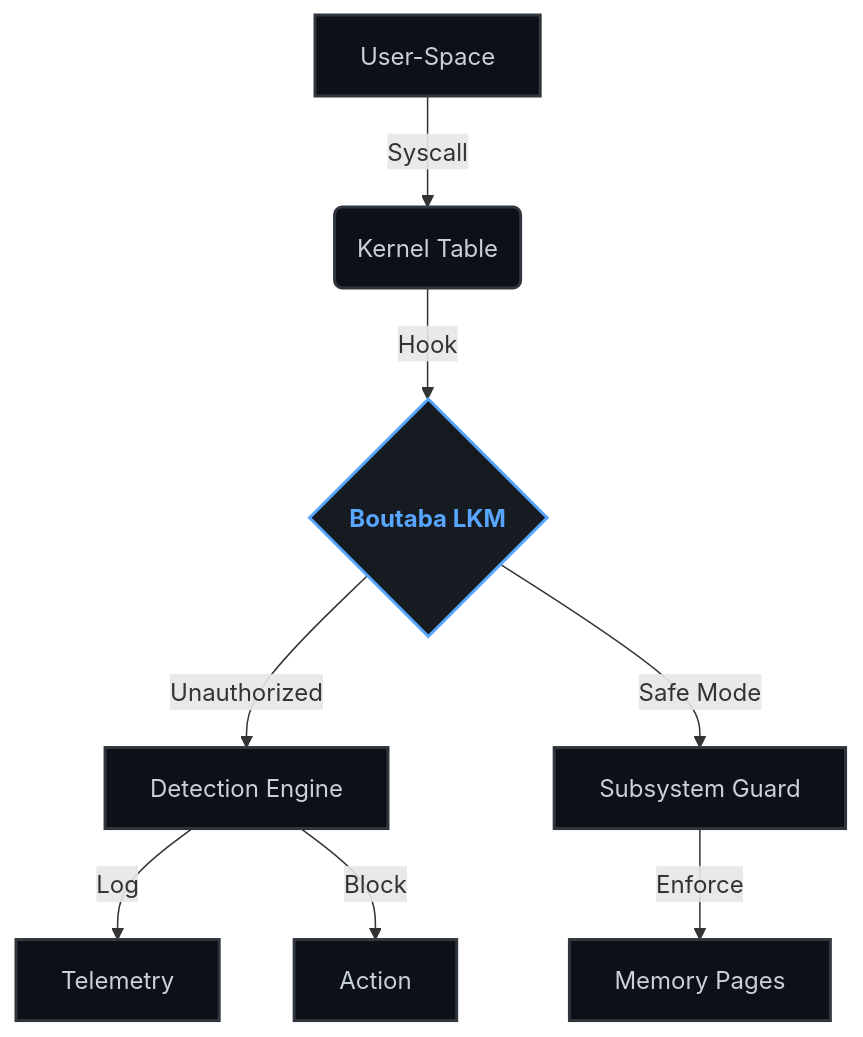
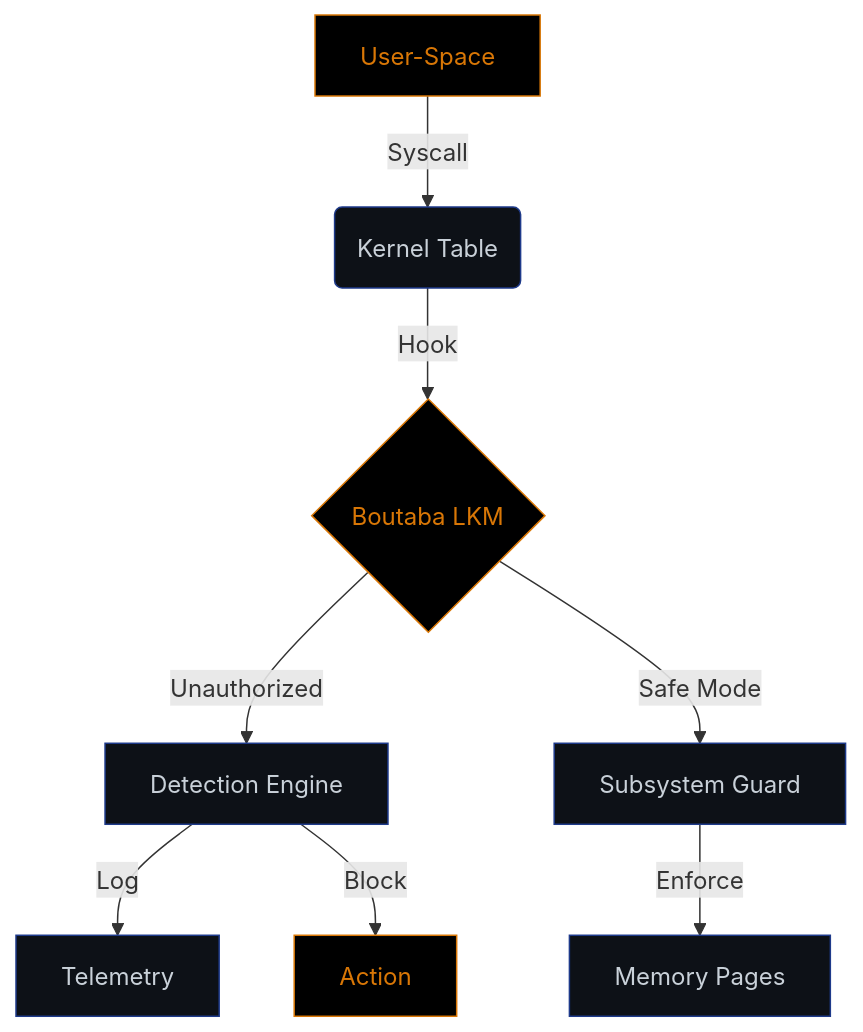
Before and after one commit to boutaba-motezeballah/linux-kernel-hardening: the diagram in README.md, drawn with Mermaid.

````diff
--- a/README.md
+++ b/README.md
@@ -9,16 +9,19 @@
 ```mermaid
 graph TD
-    classDef darkTheme fill:#0d1117,stroke:#30363d,stroke-width:2px,color:#c9d1d9;
-    classDef highlight fill:#161b22,stroke:#58a6ff,stroke-width:2px,color:#58a6ff,font-weight:bold;
-
     A[User-Space] -->|Syscall| B(Kernel Table)
     B -->|Hook| C{Boutaba LKM}
     C -->|Unauthorized| D[Detection Engine]
     C -->|Safe Mode| E[Subsystem Guard]
     D -->|Log| F[Telemetry]
     D -->|Block| G[Action]
     E -->|Enforce| H[Memory Pages]
 
-    class A,B,D,E,F,G,H darkTheme;
-    class C highlight;
+    style A fill:#000000,stroke:#d97706,color:#d97706
+    style B fill:#0d1117,stroke:#1e3a8a,color:#c9d1d9
+    style C fill:#000000,stroke:#d97706,color:#d97706
+    style D fill:#0d1117,stroke:#1e3a8a,color:#c9d1d9
+    style E fill:#0d1117,stroke:#1e3a8a,color:#c9d1d9
+    style F fill:#0d1117,stroke:#1e3a8a,color:#c9d1d9
+    style G fill:#000000,stroke:#d97706,color:#d97706
+    style H fill:#0d1117,stroke:#1e3a8a,color:#c9d1d9
 ```
````
